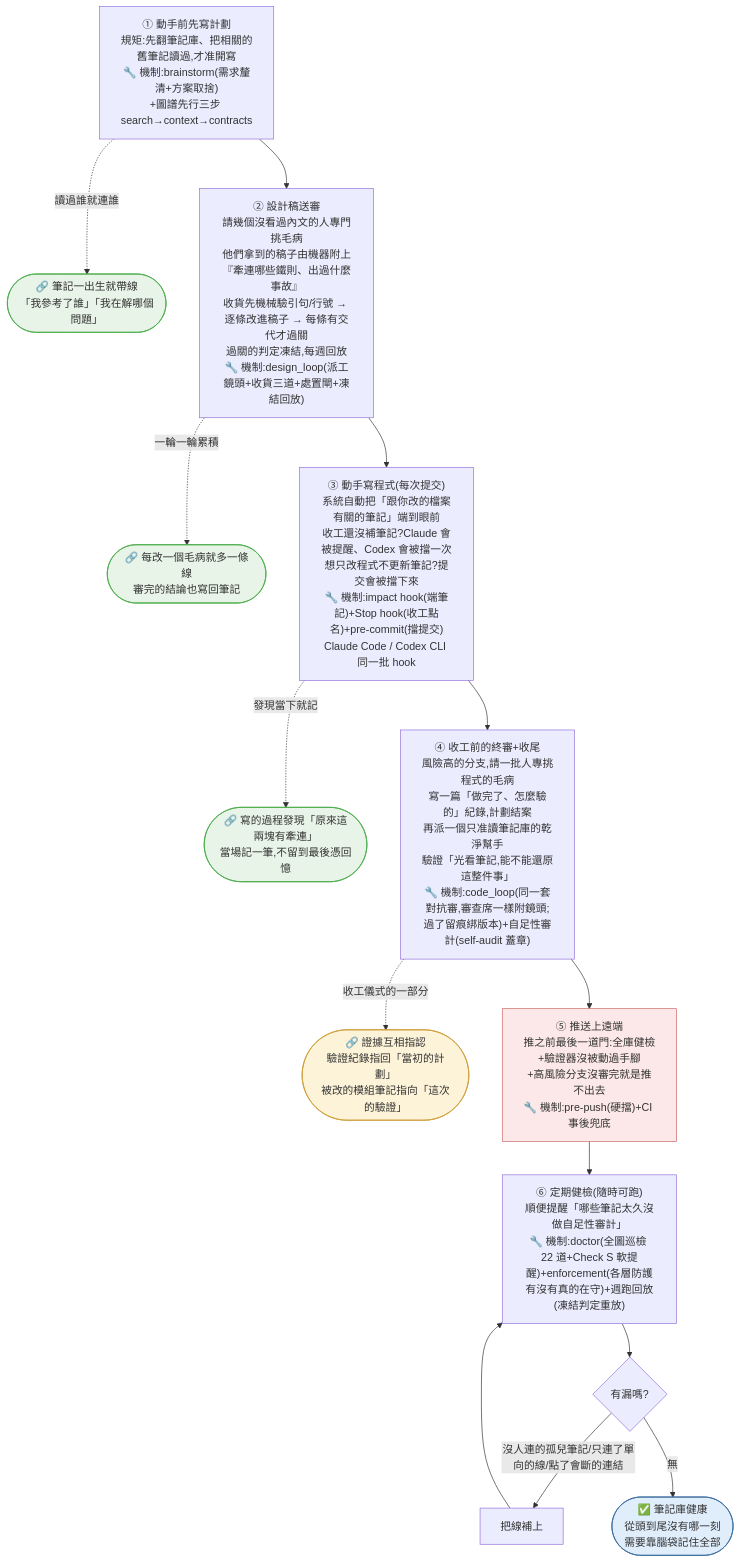
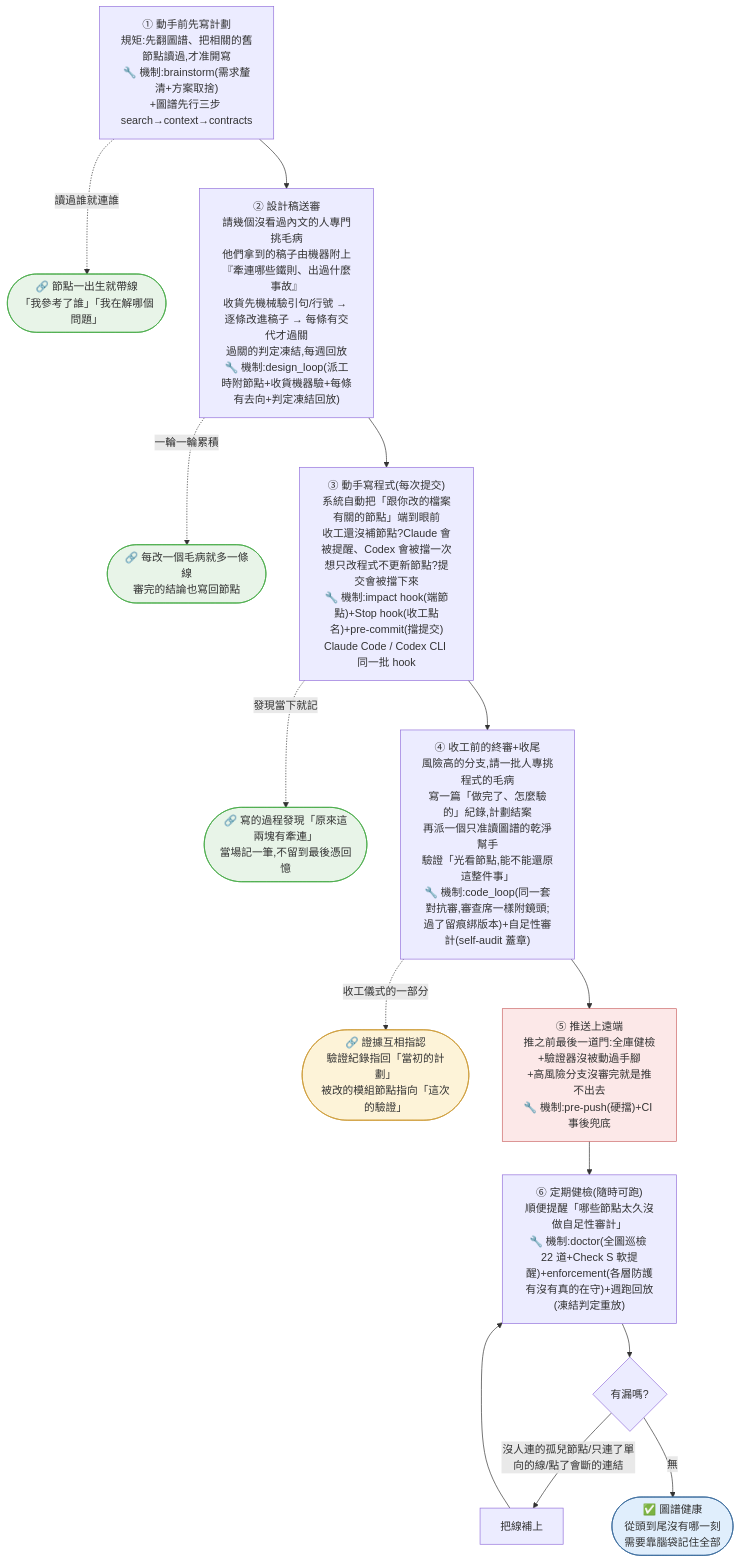
Before and after one commit to EnzoHsieh-Android/Lumos: the diagram in docs/lumos-toolchain-knowledge/Systems/開發工作流總覽.md, drawn with Mermaid. The commit also changed other lines of this file and 4 other files, not shown here.

First line of the commit message:
docs(架構圖): 白話化+統一口徑——四張圖的新標籤與 §5 全段改白話(機制名退到括號);規則本/筆記庫一律改「節點/圖譜」並在全景圖開頭定義兩個詞;§5 改直式;全部十張圖用 mermaid-cli 真渲染確認畫得出

````diff
--- a/docs/lumos-toolchain-knowledge/Systems/開發工作流總覽.md
+++ b/docs/lumos-toolchain-knowledge/Systems/開發工作流總覽.md
@@ -34,34 +34,34 @@
 ```mermaid
 flowchart TD
-    A["① 動手前先寫計劃<br/>規矩:先翻筆記庫、把相關的舊筆記讀過,才准開寫<br/>🔧 機制:brainstorm(需求釐清+方案取捨)<br/>+圖譜先行三步 search→context→contracts"]
-    A1(["🔗 筆記一出生就帶線<br/>「我參考了誰」「我在解哪個問題」"])
+    A["① 動手前先寫計劃<br/>規矩:先翻圖譜、把相關的舊節點讀過,才准開寫<br/>🔧 機制:brainstorm(需求釐清+方案取捨)<br/>+圖譜先行三步 search→context→contracts"]
+    A1(["🔗 節點一出生就帶線<br/>「我參考了誰」「我在解哪個問題」"])
     A -.->|讀過誰就連誰| A1
 
-    A --> B["② 設計稿送審<br/>請幾個沒看過內文的人專門挑毛病<br/>他們拿到的稿子由機器附上『牽連哪些鐵則、出過什麼事故』<br/>收貨先機械驗引句/行號 → 逐條改進稿子 → 每條有交代才過關<br/>過關的判定凍結,每週回放<br/>🔧 機制:design_loop(派工鏡頭+收貨三道+處置閘+凍結回放)"]
-    B1(["🔗 每改一個毛病就多一條線<br/>審完的結論也寫回筆記"])
+    A --> B["② 設計稿送審<br/>請幾個沒看過內文的人專門挑毛病<br/>他們拿到的稿子由機器附上『牽連哪些鐵則、出過什麼事故』<br/>收貨先機械驗引句/行號 → 逐條改進稿子 → 每條有交代才過關<br/>過關的判定凍結,每週回放<br/>🔧 機制:design_loop(派工時附節點+收貨機器驗+每條有去向+判定凍結回放)"]
+    B1(["🔗 每改一個毛病就多一條線<br/>審完的結論也寫回節點"])
     B -.->|一輪一輪累積| B1
 
-    B --> C["③ 動手寫程式(每次提交)<br/>系統自動把「跟你改的檔案有關的筆記」端到眼前<br/>收工還沒補筆記?Claude 會被提醒、Codex 會被擋一次<br/>想只改程式不更新筆記?提交會被擋下來<br/>🔧 機制:impact hook(端筆記)+Stop hook(收工點名)+pre-commit(擋提交)<br/>Claude Code / Codex CLI 同一批 hook"]
+    B --> C["③ 動手寫程式(每次提交)<br/>系統自動把「跟你改的檔案有關的節點」端到眼前<br/>收工還沒補節點?Claude 會被提醒、Codex 會被擋一次<br/>想只改程式不更新節點?提交會被擋下來<br/>🔧 機制:impact hook(端節點)+Stop hook(收工點名)+pre-commit(擋提交)<br/>Claude Code / Codex CLI 同一批 hook"]
     C1(["🔗 寫的過程發現「原來這兩塊有牽連」<br/>當場記一筆,不留到最後憑回憶"])
     C -.->|發現當下就記| C1
 
-    C --> D["④ 收工前的終審+收尾<br/>風險高的分支,請一批人專挑程式的毛病<br/>寫一篇「做完了、怎麼驗的」紀錄,計劃結案<br/>再派一個只准讀筆記庫的乾淨幫手<br/>驗證「光看筆記,能不能還原這整件事」<br/>🔧 機制:code_loop(同一套對抗審,審查席一樣附鏡頭;過了留痕綁版本)+自足性審計(self-audit 蓋章)"]
-    D1(["🔗 證據互相指認<br/>驗證紀錄指回「當初的計劃」<br/>被改的模組筆記指向「這次的驗證」"])
+    C --> D["④ 收工前的終審+收尾<br/>風險高的分支,請一批人專挑程式的毛病<br/>寫一篇「做完了、怎麼驗的」紀錄,計劃結案<br/>再派一個只准讀圖譜的乾淨幫手<br/>驗證「光看節點,能不能還原這整件事」<br/>🔧 機制:code_loop(同一套對抗審,審查席一樣附鏡頭;過了留痕綁版本)+自足性審計(self-audit 蓋章)"]
+    D1(["🔗 證據互相指認<br/>驗證紀錄指回「當初的計劃」<br/>被改的模組節點指向「這次的驗證」"])
     D -.->|收工儀式的一部分| D1
 
     D --> P["⑤ 推送上遠端<br/>推之前最後一道門:全庫健檢+驗證器沒被動過手腳<br/>+高風險分支沒審完就是推不出去<br/>🔧 機制:pre-push(硬擋)+CI 事後兜底"]
 
-    P --> E["⑥ 定期健檢(隨時可跑)<br/>順便提醒「哪些筆記太久沒做自足性審計」<br/>🔧 機制:doctor(全圖巡檢 22 道+Check S 軟提醒)+enforcement(各層防護有沒有真的在守)+週跑回放(凍結判定重放)"]
+    P --> E["⑥ 定期健檢(隨時可跑)<br/>順便提醒「哪些節點太久沒做自足性審計」<br/>🔧 機制:doctor(全圖巡檢 22 道+Check S 軟提醒)+enforcement(各層防護有沒有真的在守)+週跑回放(凍結判定重放)"]
     F{"有漏嗎?"}
     E --> F
-    F -->|"沒人連的孤兒筆記/只連了單向的線/點了會斷的連結"| G["把線補上"]
+    F -->|"沒人連的孤兒節點/只連了單向的線/點了會斷的連結"| G["把線補上"]
     G --> E
-    F -->|無| H(["✅ 筆記庫健康<br/>從頭到尾沒有哪一刻<br/>需要靠腦袋記住全部"])
+    F -->|無| H(["✅ 圖譜健康<br/>從頭到尾沒有哪一刻<br/>需要靠腦袋記住全部"])
 
     style A1 fill:#e8f4e8,stroke:#4a4,color:#333
     style B1 fill:#e8f4e8,stroke:#4a4,color:#333
     style C1 fill:#e8f4e8,stroke:#4a4,color:#333
     style D1 fill:#fdf3d8,stroke:#c93,color:#333
     style P fill:#fce8e8,stroke:#c66,color:#333
     style H fill:#e0eefc,stroke:#369,color:#333
 ```
````
